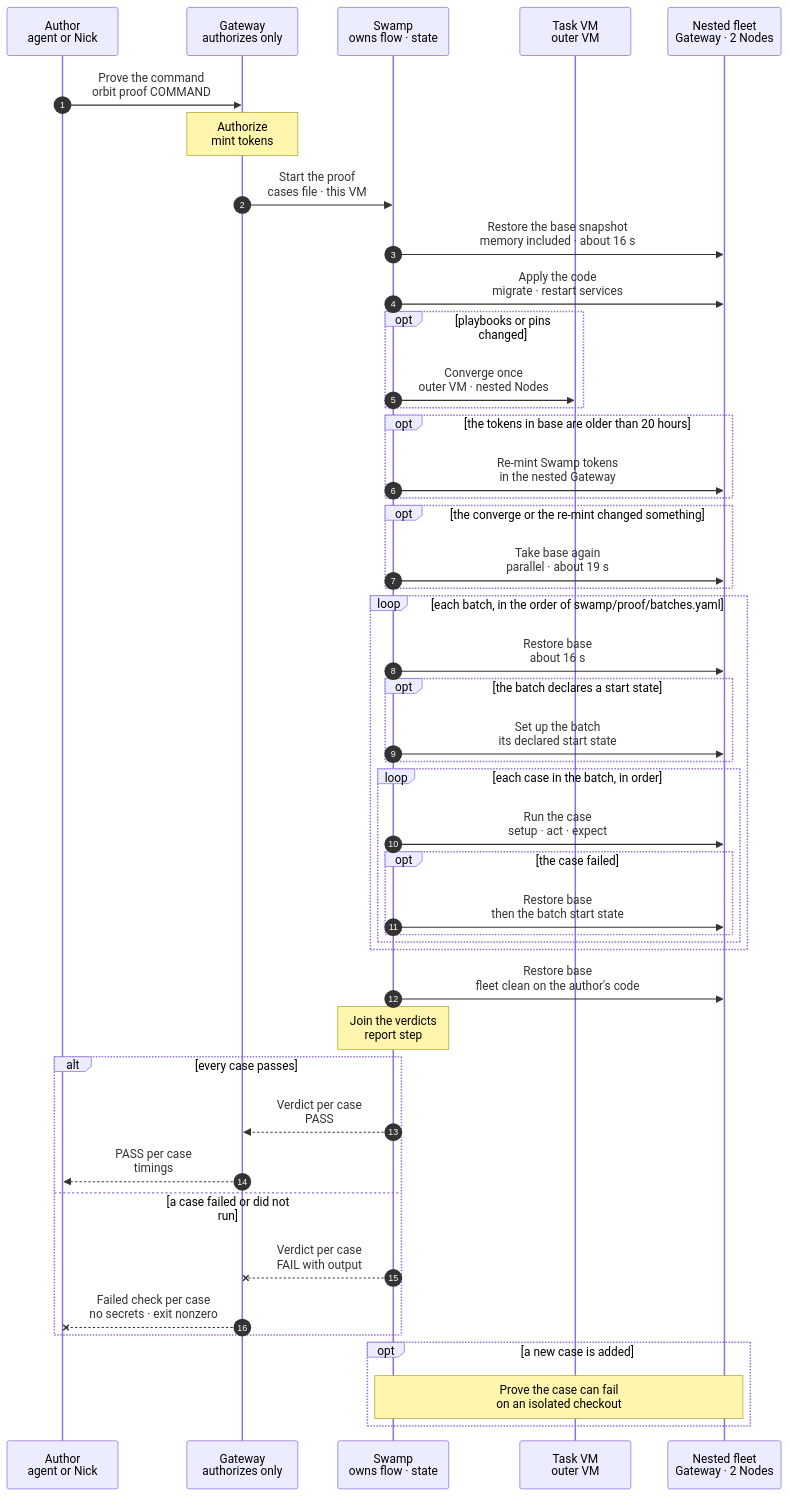
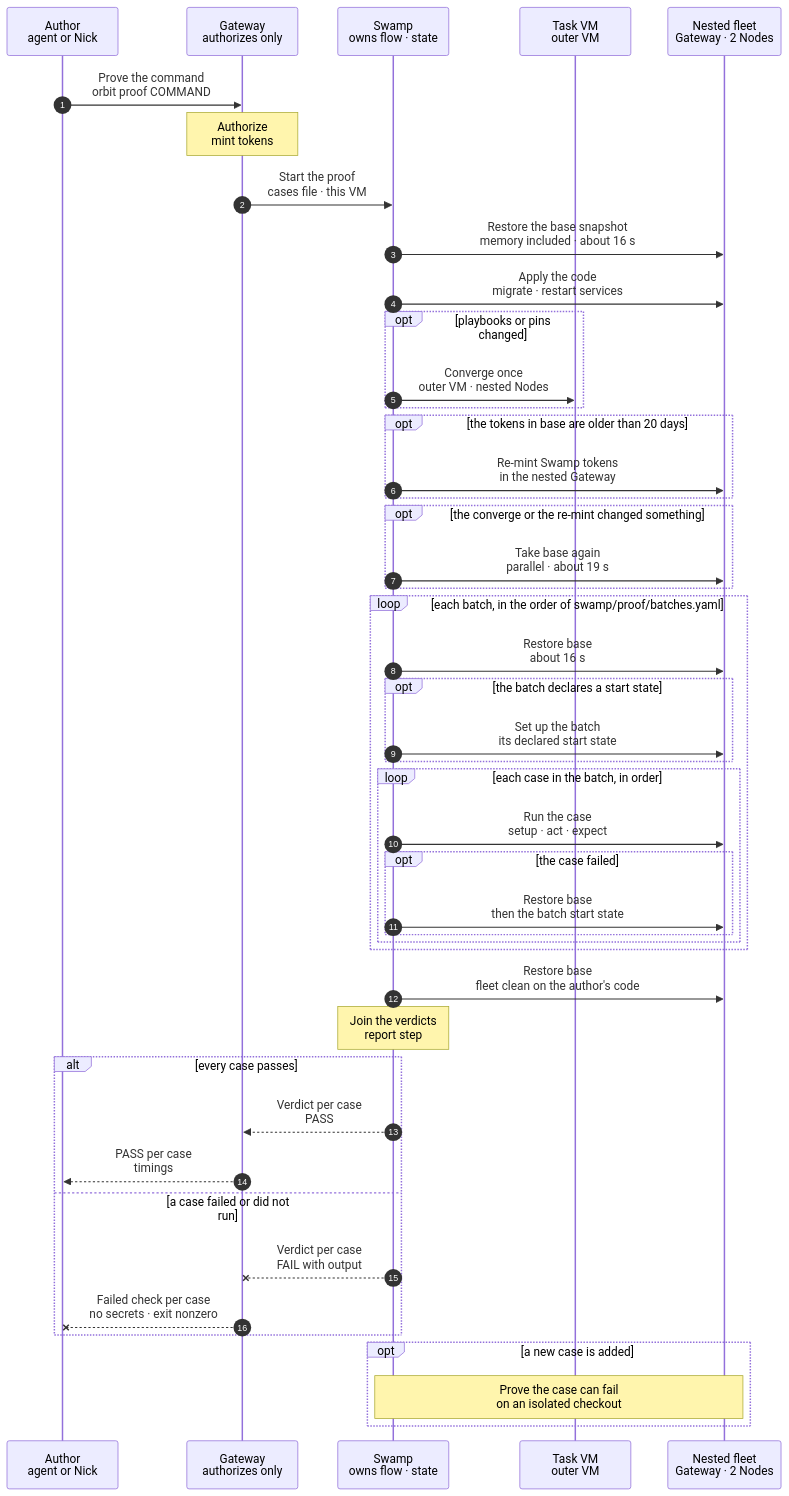
The diagram in docs/reference/pipeline/3-proof.mmd (hardimpactdev/orbit), drawn with Mermaid before and after one commit. The commit also changed 12 other files, not shown here.

First line of the commit message:
Re-mint the nested Swamp tokens at every provision from ready copies

```diff
--- a/docs/reference/pipeline/3-proof.mmd
+++ b/docs/reference/pipeline/3-proof.mmd
@@ -1,124 +1,125 @@
 sequenceDiagram
   %% Target design: stage 3 of the command development pipeline. The author proves the command in the development environment it already works in (task VM with its nested fleet). The nested VMs mount the task VM's checkout over NFS, so edits reach them at once and Incus memory snapshots still work. Each run restores the task's base snapshot and applies the code (migrations, service restart); base is taken again only after a converge or a token re-mint. Each batch restores base once; its cases use their own resources and need no undo. A failed case triggers a restore before the next. Cases come from the command's cases file; each names its batch from swamp/proof/batches.yaml, which sets the order. One shared runner; the same cases and runner run in CI (stage 4, proof:run on a fresh VM).
   %% status: draft
   %% command: development pipeline stage 3 · proof
   %% kind: pipeline.3-proof
   autonumber
   %% lane AG icon=terminal pill=caller tone=gray
   %% lane GW icon=gateway pill=intent tone=blue
   %% lane SW icon=workflow pill=executes tone=green
   %% lane VM icon=server pill=target tone=purple
   %% lane NT icon=server pill=fleet tone=amber
   participant AG as Author<br/>agent or Nick
   participant GW as Gateway<br/>authorizes only
   participant SW as Swamp<br/>owns flow · state
   participant VM as Task VM<br/>outer VM
   participant NT as Nested fleet<br/>Gateway · 2 Nodes
   AG->>GW: Prove the command<br/>orbit proof COMMAND
   %%> What it does:
   %%> - runs the command's cases on the author's own development VM; no new VM
   %%> - the cases file (`swamp/proof/FAMILY/COMMAND.cases.yaml`) names the batch of each case; `swamp/proof/batches.yaml` defines the shared batches and their order; nothing is picked at run time
   %%> - one command per run; in CI, `proof:run` proves each affected command separately, on its own proof VM
   %%> Not built:
   %%> - the command `orbit proof COMMAND`; today `proof:run` is the only way in
   %%> - built: the cases file format, the runner and the Swamp workflows `proof-fleet-verify`, `proof-fleet-verify-batch` and `proof-fleet-verify-case`, which run the batches and the cases below, and `proof-fleet-restore`, which restores `base`, sets the clocks, checks readiness and applies the checkout before every batch but the first and after every case that did not pass and is not the last of its batch
   %%> - the runner finds the fleet by the guest names of `task-nested-fleet`, `nested-gateway`, `nested-app-dev` and `nested-app-prod`; no environment setting is needed
   Note over GW: Authorize<br/>mint tokens
   GW->>SW: Start the proof<br/>cases file · this VM
   SW->>NT: Restore the base snapshot<br/>memory included · about 16 s
   %%> What it does:
   %%> - restores the task's Incus stateful snapshot `base` (stage 2), all three VMs in parallel
   %%> - sets each guest clock from the outer VM as soon as that VM's agent answers; a restore puts the clocks back to snapshot time
   %%> - ready when the Gateway answers, every Node agent sends a fresh heartbeat (every 5 s) and Doctor is healthy
   %%> - every restore in this chart has a 45 s limit: a restore that fails or is not healthy in time stops the run, with no retry; the cases that did not run become `unrun` with cause `infrastructure`, and the verdicts of cases that ran stay
   %%> Time, measured on tvm-554:
   %%> - stock Incus restore and agent wait, no tuning: restore about 9 s, healthy about 16 s
   SW->>NT: Apply the code<br/>migrate · restart services
   %%> What it does:
   %%> - runs the migrations and restarts the long-running services (queue worker, Swamp worker) in the nested Gateway, so they run the checked-out code
   %%> - the code itself needs no step: the nested VMs mount the task VM's checkout over NFS (stage 2), and PHP reads changed files on the next request
   %%> - also runs after every restore below: a memory restore brings back processes that loaded older code
   opt playbooks or pins changed
     SW->>VM: Converge once<br/>outer VM · nested Nodes
     %%> What it does:
     %%> - image playbooks on the outer VM; role playbooks and pins on the nested Nodes, through the nested Orbit's `node:converge`
     %%> - the nested Orbit reads the playbooks from the mounted checkout
     %%> Why:
     %%> - a tool update lives in code; this puts it in place once, and the snapshot taken next keeps it
     %%> - the base images are not touched; only the merge and the seed refresh change them
   end
-  opt the tokens in base are older than 20 hours
+  opt the tokens in base are older than 20 days
     SW->>NT: Re-mint Swamp tokens<br/>in the nested Gateway
     %%> What it does:
-    %%> - the nested Gateway mints new serve and worker tokens for its own Swamp, with the same step as the fleet build
+    %%> - the nested Gateway renews the tokens of its own Swamp with the step of the provision (stage 2, `Re-mint the Swamp tokens`)
+    %%> Not built: the provision step exists; the proof run does not call it yet
     %%> Why:
-    %%> - the tokens a build mints last 24 hours and its certificates 2 days; `base` inherits them, so a task older than a day would otherwise prove with an expired nested Swamp
+    %%> - the provision renews the tokens for 30 days and `base` inherits them, so a task older than that would otherwise prove with an expired nested Swamp
     %%> - these tokens belong to the nested Orbit; the real Gateway mints nothing for them
   end
   opt the converge or the re-mint changed something
     SW->>NT: Take base again<br/>parallel · about 19 s
     %%> What it does:
     %%> - skipped when nothing converged and no token was re-minted; a code change alone never needs a new `base`, because the code is read from the mount
     %%> - `incus snapshot create --stateful --reuse base` on the three nested VMs at once; `--reuse` replaces the old `base`
     %%> - the VMs keep running; their clocks lose about 1 s while memory is saved, which the normal time sync corrects
     %%> - `base` holds the proof Swamp Club key, on the nested Gateway's disk and in its Swamp serve's memory; accepted because `base` belongs to one task, never leaves its task VM and is destroyed with it; ready copies stay key-free
     %%> Time, measured on tvm-554:
     %%> - about 19 s; the Gateway's 660 MB memory state sets it (app-dev 12 s, app-prod 7 s)
     %%> Why:
     %%> - every batch starts from it
     %%> - the task VM keeps its own state until the task merges; changes flow back only as code, through the release and the seed refresh
   end
   loop each batch, in the order of swamp/proof/batches.yaml
     SW->>NT: Restore base<br/>about 16 s
     %%> What it does:
     %%> - one restore per batch, followed by the apply step; skipped when the fleet is still at `base`, as for the first batch
     %%> - 45 s limit, as for every restore; a failed restore stops the run
       opt the batch declares a start state
       SW->>NT: Set up the batch<br/>its declared start state
       %%> What it does:
       %%> - applies what the batch declares, for example dual-stack networking
     end
     loop each case in the batch, in order
       SW->>NT: Run the case<br/>setup · act · expect
       %%> What it does:
       %%> - the shared runner executes the case's spec steps: setup (for example a listener or a test deny), the real CLI call, then the checks the case lists (traffic, UFW, Gateway record, Doctor, unchanged state)
       %%> - each case names the chart path it covers (main, opt, alt); every optional flag has its own case
       %%> - no undo and no cleanup: each case uses its own resources (free ports, its own listeners, a new Instance), so cases in a batch do not touch each other
       %%> - a case that changes shared state (UFW off, injected failures, a held lock, a full-list check) sits in its own batch
       opt the case failed
         SW->>NT: Restore base<br/>then the batch start state
         %%> Why:
         %%> - a failed case can leave anything behind; the next case starts clean
       end
     end
   end
   SW->>NT: Restore base<br/>fleet clean on the author's code
   %%> Why:
   %%> - the author keeps developing on a clean fleet that already runs the latest code; nothing switches back
   %%> Not built:
   %%> - `proof-fleet-verify` does not run this restore; it belongs to the author's own command
   Note over SW: Join the verdicts<br/>report step
   %%> What it does:
   %%> - each case ended with one JSON line of at most 1 KB (Swamp cuts step output at 4,096 bytes): id, verdict, cause, seconds and the failed checks
   %%> - verdicts: `passed`; `failed` with cause `assertion` or `infrastructure`; `unrun` with cause `precondition` (setup failed, the command never ran) or `infrastructure` (a failed restore stopped the run first)
   %%> - the full receipt (every step, command output, firewall state, timings) stays in the task VM's evidence directory
   alt every case passes
     SW-->>GW: Verdict per case<br/>PASS
     %%> Result:
     %%> - the Gateway records the verdicts once, from the run's terminal event
     GW-->>AG: PASS per case<br/>timings
   else a case failed or did not run
     SW--xGW: Verdict per case<br/>FAIL with output
     GW--xAG: Failed check per case<br/>no secrets · exit nonzero
     %%> Result:
     %%> - the line names the failed check; the receipt in this task VM has the rest
     %%> - in CI (stage 4) the proof VM is destroyed, so only the verdict lines stay; the author reruns `orbit proof` in their own task VM for the full receipt
   end
   opt a new case is added
     Note over SW,NT: Prove the case can fail<br/>on an isolated checkout
     %%> What it does:
     %%> - removes the mutation on an isolated checkout and confirms the functional assertion fails
     %%> - never mutates a live installation
     %%> Not built:
     %%> - exercising the CI gate with a known failing case (stage 4)
   end
```
